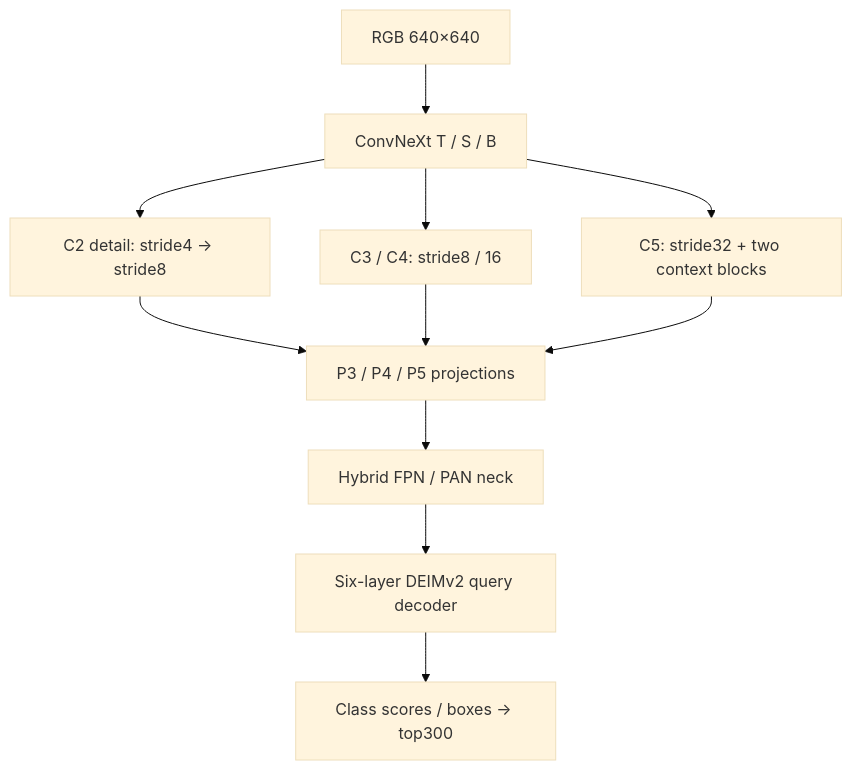
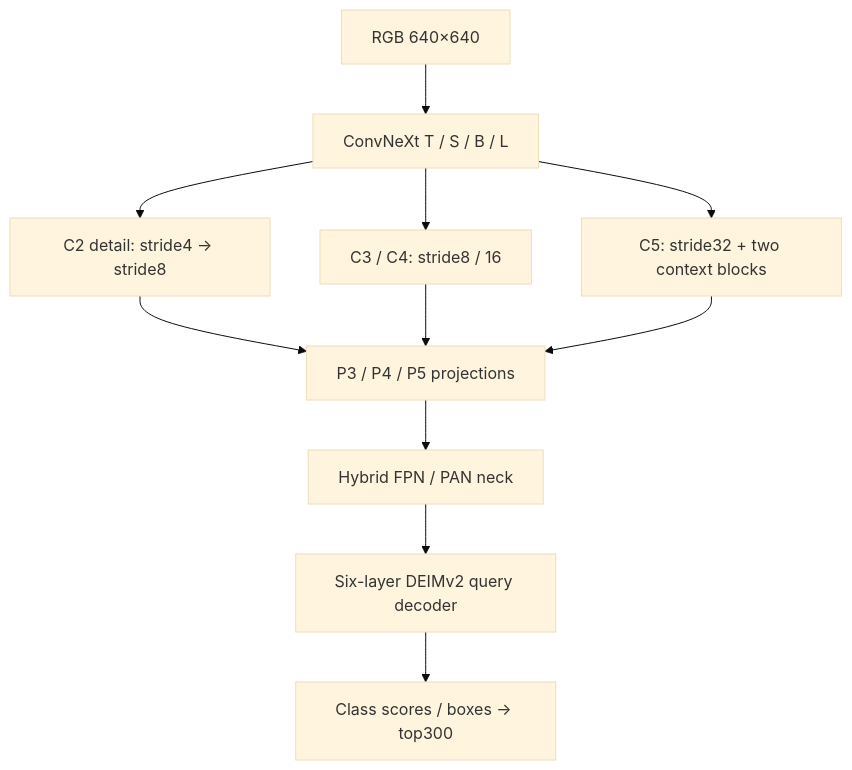
One commit to xjn0412/bear-detector changed the diagram in docs/models/ARCHITECTURE.md. Above: the diagram before and after it, drawn with Mermaid (base theme). The commit also changed other lines of this file and 5 other files, not shown here.

Commit message:
Add rendered architecture graph with Base tensor shapes

````diff
--- a/docs/models/ARCHITECTURE.md
+++ b/docs/models/ARCHITECTURE.md
@@ -7,13 +11,13 @@
 ```mermaid
 flowchart TD
-  A["RGB 640×640"] --> B["ConvNeXt T / S / B"]
+  A["RGB 640×640"] --> B["ConvNeXt T / S / B / L"]
   B --> C["C2 detail: stride4 → stride8"]
   B --> D["C3 / C4: stride8 / 16"]
   B --> E["C5: stride32 + two context blocks"]
   C --> F["P3 / P4 / P5 projections"]
   D --> F
   E --> F
   F --> G["Hybrid FPN / PAN neck"]
   G --> H["Six-layer DEIMv2 query decoder"]
   H --> I["Class scores / boxes → top300"]
 ```
````
